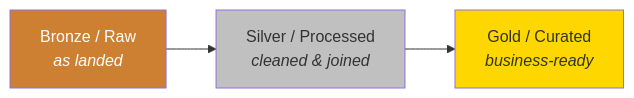
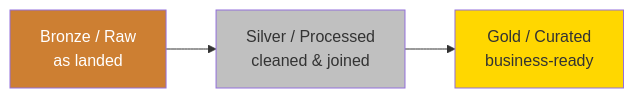
One commit to adnanrahin/adnanrahin.github.io changed the fourth of 5 diagrams in data-architecture/data-lake.md. Above: the diagram before and after it, drawn with Mermaid. The commit also changed other lines of this file and 3 other files, not shown here.

Commit message:
updated the flowchart

````diff
--- a/data-architecture/data-lake.md
+++ b/data-architecture/data-lake.md
@@ -149,11 +146,11 @@
 ```mermaid
 flowchart LR
-    B["Bronze / Raw<br/><i>as landed</i>"]
-    S["Silver / Processed<br/><i>cleaned & joined</i>"]
-    G["Gold / Curated<br/><i>business-ready</i>"]
+    B["Bronze / Raw<br/>as landed"]
+    S["Silver / Processed<br/>cleaned & joined"]
+    G["Gold / Curated<br/>business-ready"]
     B --> S --> G
 
     style B fill:#CD7F32,color:#fff
     style S fill:#C0C0C0,color:#333
     style G fill:#FFD700,color:#333
 ```
````
